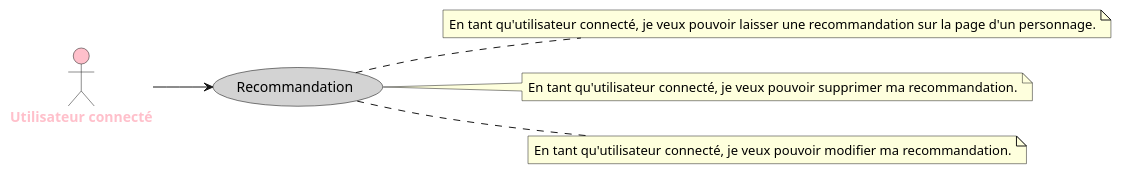
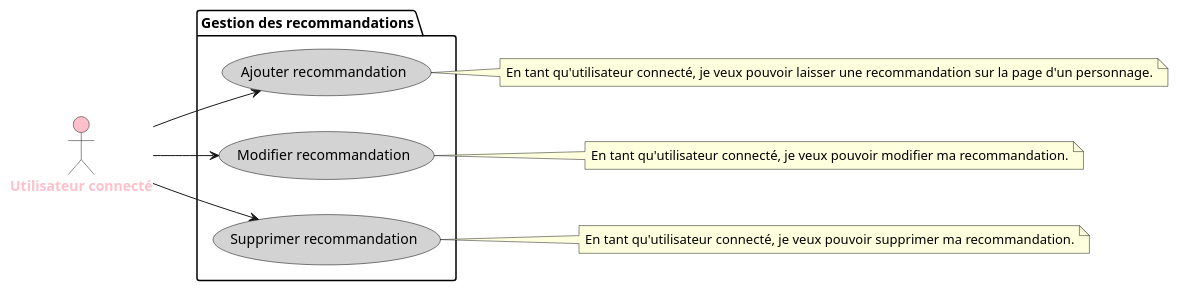
The diagram in public/conception/diagrams/user stories/UserRecommandation.puml (fledgless/Fortuna-Nexus), drawn with PlantUML before and after one commit. The commit also changed 9 other files, not shown here.

```diff
--- a/public/conception/diagrams/user stories/UserRecommandation.puml
+++ b/public/conception/diagrams/user stories/UserRecommandation.puml
@@ -1,28 +1,33 @@
 @startuml UserStory=UserRecommandation
 
 left to right direction
 skinparam actorFontStyle bold
 skinparam usecase {
     BackgroundColor YellowGreen
     BorderColor Black
 }
 
 actor "Utilisateur connecté" as U #Pink;text:Pink
-
-usecase "Recommandation" as R #LightGray;text:Black
+package "Gestion des recommandations" {
+    usecase "Ajouter recommandation" as Ar #LightGray;text:Black
+    usecase "Modifier recommandation" as Mr #LightGray;text:Black
+    usecase "Supprimer recommandation" as Sr #LightGray;text:Black
+}
 
 ' Relations entre acteurs et cas d'utilisation
-U --> R
+U --> Ar
+U --> Mr
+U --> Sr
 
 ' Description des cas d'utilisation
-note right of R
+note right of Ar
     En tant qu'utilisateur connecté, je veux pouvoir laisser une recommandation sur la page d'un personnage.
 end note
-note right of R
+note right of Sr
     En tant qu'utilisateur connecté, je veux pouvoir supprimer ma recommandation.
 end note
-note right of R
+note right of Mr
     En tant qu'utilisateur connecté, je veux pouvoir modifier ma recommandation.
 end note
 
 @enduml
```
